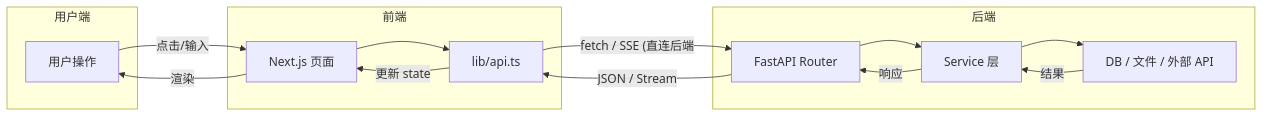
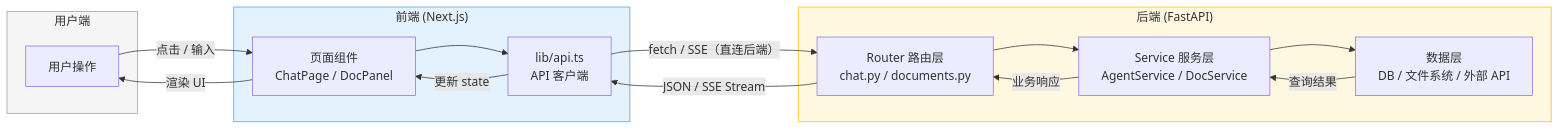
One commit to ji-xinpeng/Scholar-Agent changed the fourth of 9 diagrams in docs/技术开发方案.md. Above: the diagram before and after it, drawn with Mermaid. The commit also changed other lines of this file, not shown here.

````diff
--- a/docs/技术开发方案.md
+++ b/docs/技术开发方案.md
@@ -211,28 +430,32 @@
 ```mermaid
 flowchart LR
     subgraph 用户端
-        A[用户操作]
+        A["用户操作"]
     end
 
-    subgraph 前端
-        B[Next.js 页面]
-        C[lib/api.ts]
+    subgraph 前端["前端 (Next.js)"]
+        B["页面组件<br/>ChatPage / DocPanel"]
+        C["lib/api.ts<br/>API 客户端"]
         B --> C
     end
 
-    subgraph 后端
-        D[FastAPI Router]
-        E[Service 层]
-        F[DB / 文件 / 外部 API]
+    subgraph 后端["后端 (FastAPI)"]
+        D["Router 路由层<br/>chat.py / documents.py"]
+        E["Service 服务层<br/>AgentService / DocService"]
+        F["数据层<br/>DB / 文件系统 / 外部 API"]
         D --> E
         E --> F
     end
 
-    A -->|"点击/输入"| B
-    C -->|"fetch / SSE (直连后端"| D
-    F -->|"结果"| E
-    E -->|"响应"| D
-    D -->|"JSON / Stream"| C
+    A -->|"点击 / 输入"| B
+    C -->|"fetch / SSE（直连后端）"| D
+    F -->|"查询结果"| E
+    E -->|"业务响应"| D
+    D -->|"JSON / SSE Stream"| C
     C -->|"更新 state"| B
-    B -->|"渲染"| A
+    B -->|"渲染 UI"| A
+
+    style 用户端 fill:#f5f5f5,stroke:#9e9e9e
+    style 前端 fill:#e3f2fd,stroke:#42a5f5
+    style 后端 fill:#fff8e1,stroke:#ffc107
 ```
````
